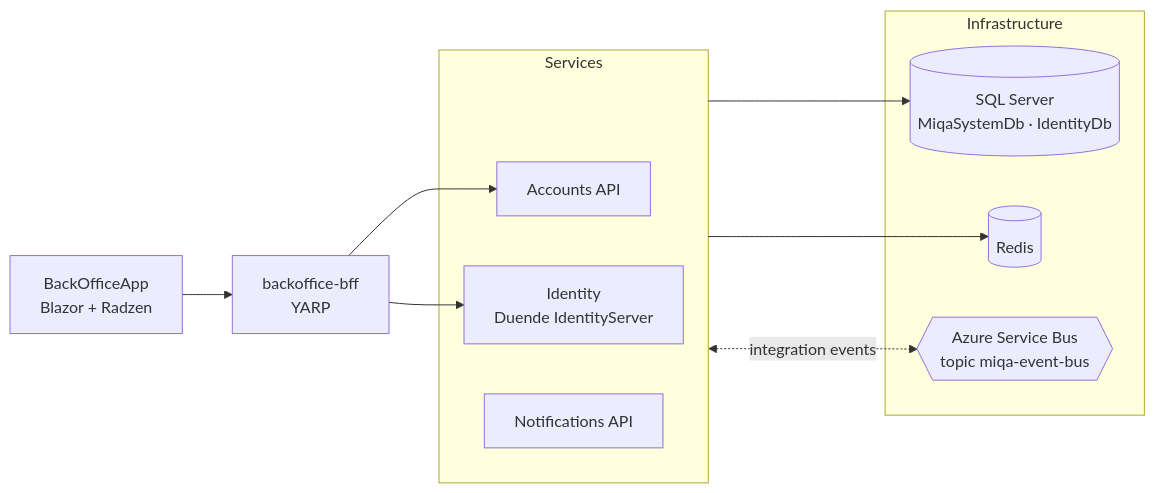
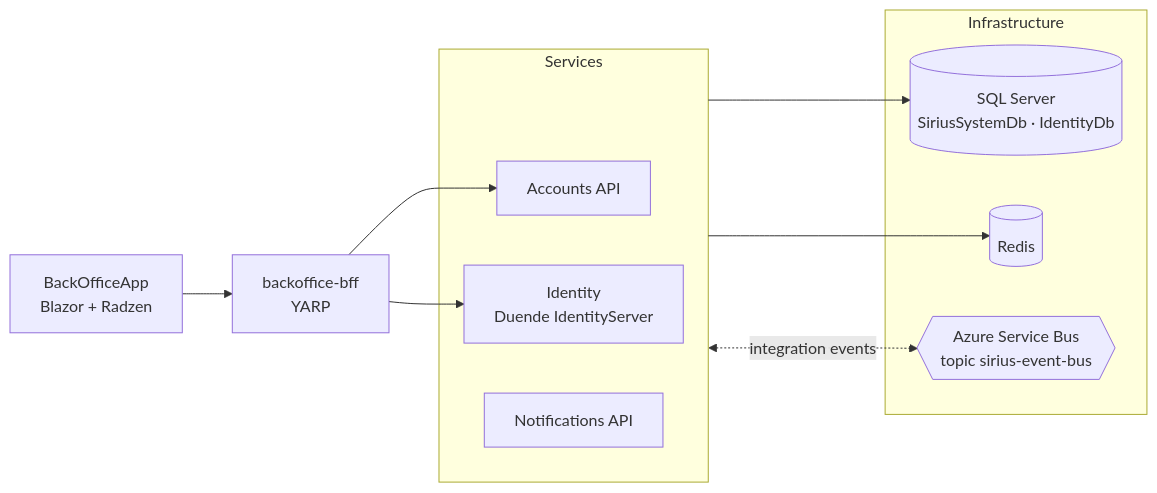
Before and after one commit to miquelalcaraz/Labs.ServicePlatform: the first of 2 diagrams in README.md, drawn with Mermaid. The commit also changed other lines of this file and 1114 other files, not shown here.

Commit message:
refactor: rename namespaces from Miqa to Sirius

````diff
--- a/README.md
+++ b/README.md
@@ -28,20 +28,20 @@
 ```mermaid
 flowchart LR
     BO[BackOfficeApp<br/>Blazor + Radzen] --> BFF[backoffice-bff<br/>YARP]
 
     subgraph Services
         Accounts[Accounts API]
         Identity[Identity<br/>Duende IdentityServer]
         Notifications[Notifications API]
     end
 
     subgraph Infrastructure
-        SQL[("SQL Server<br/>MiqaSystemDb · IdentityDb")]
+        SQL[("SQL Server<br/>SiriusSystemDb · IdentityDb")]
         Redis[(Redis)]
-        Bus{{"Azure Service Bus<br/>topic miqa-event-bus"}}
+        Bus{{"Azure Service Bus<br/>topic sirius-event-bus"}}
     end
 
     BFF --> Accounts & Identity
     Services --> SQL & Redis
     Services <-. integration events .-> Bus
 ```
````
